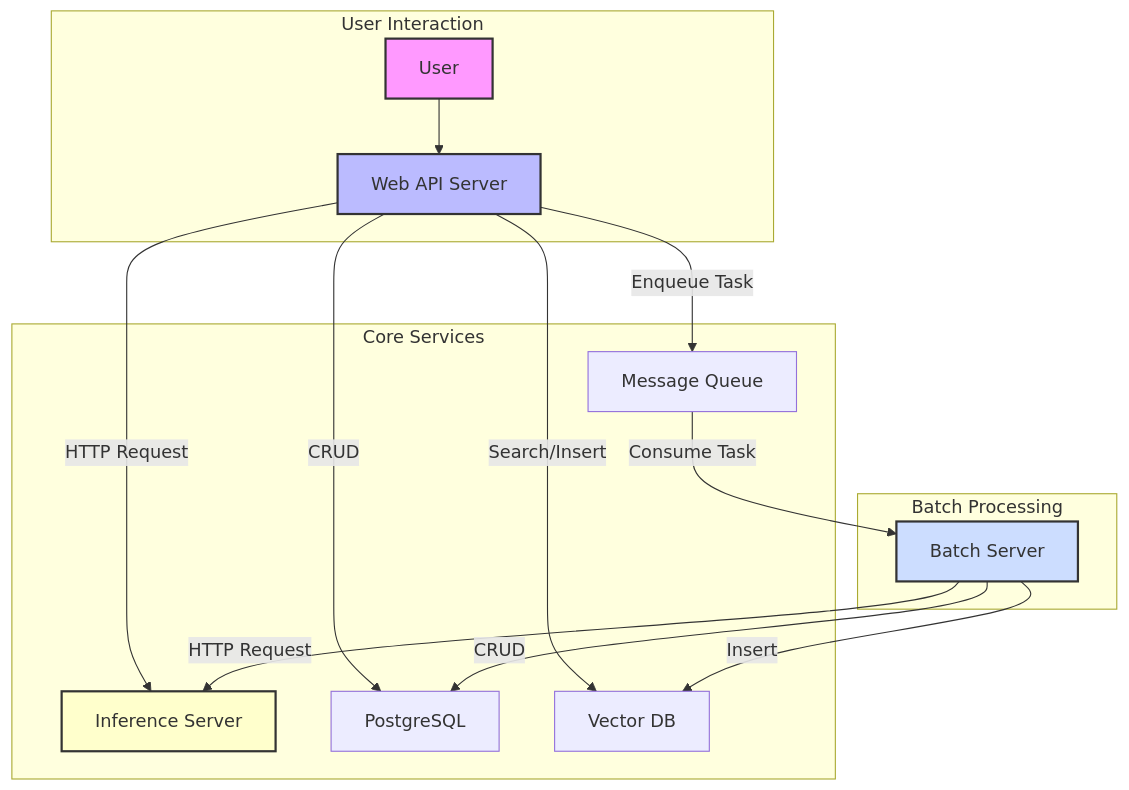
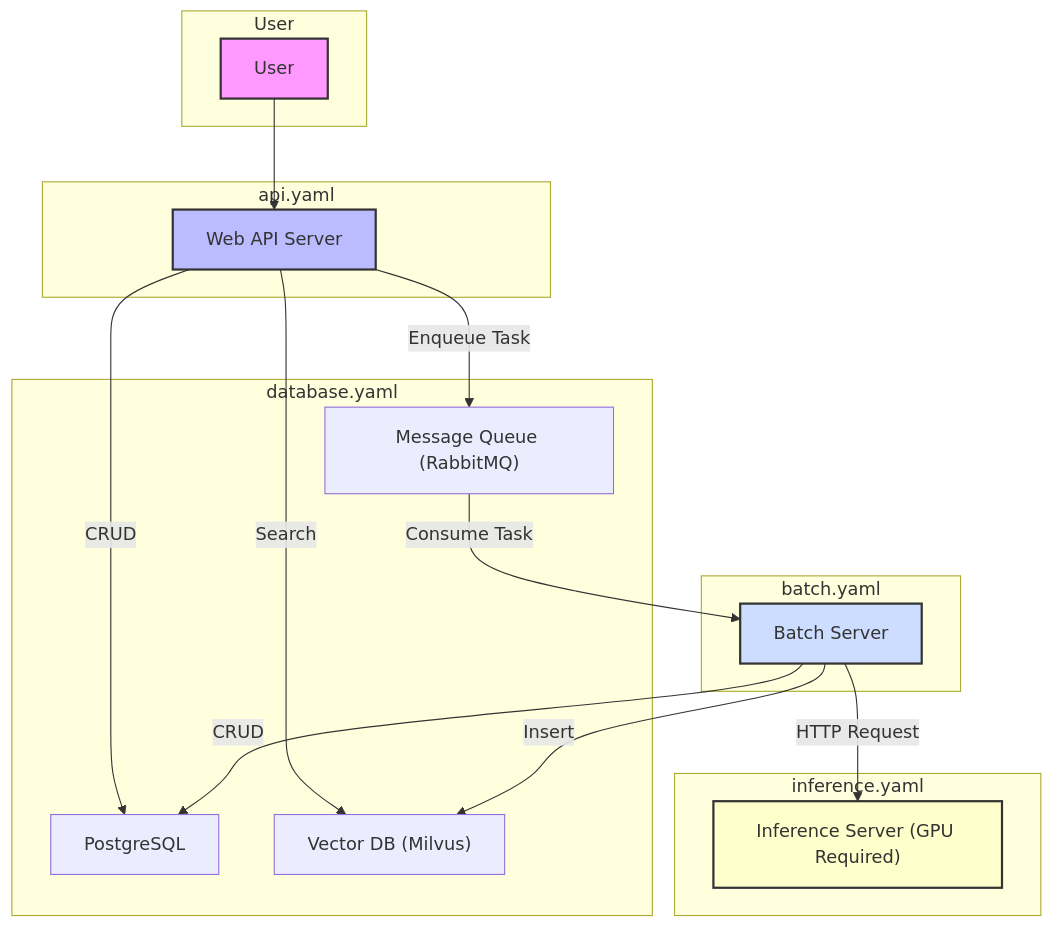
The diagram in README.md (prokosna/lainbow), drawn with Mermaid before and after one commit.

````diff
--- a/README.md
+++ b/README.md
@@ -19,25 +19,40 @@
 ```mermaid
 graph TD
-    subgraph User Interaction
-        User --> Web_API
+    subgraph User
+        U[User]
     end
 
-    subgraph Core Services
-        Web_API[Web API Server] -- HTTP Request --> Inference_Server[Inference Server]
-        Web_API -- Enqueue Task --> RabbitMQ[Message Queue]
-        Web_API -- CRUD --> PostgreSQL[PostgreSQL]
-        Web_API -- Search/Insert --> Milvus[Vector DB]
+    subgraph "api.yaml"
+        Web_API[Web API Server]
     end
 
-    subgraph Batch Processing
-        RabbitMQ -- Consume Task --> Batch_Server[Batch Server]
-        Batch_Server -- HTTP Request --> Inference_Server
-        Batch_Server -- CRUD --> PostgreSQL
-        Batch_Server -- Insert --> Milvus
+    subgraph "batch.yaml"
+        Batch_Server[Batch Server]
     end
 
-    style User fill:#f9f,stroke:#333,stroke-width:2px
+    subgraph "inference.yaml"
+        Inference_Server["Inference Server (GPU Required)"]
+    end
+
+    subgraph "database.yaml"
+        PostgreSQL[PostgreSQL]
+        Milvus["Vector DB (Milvus)"]
+        RabbitMQ["Message Queue (RabbitMQ)"]
+    end
+
+    %% Connections
+    U --> Web_API
+    Web_API -- Enqueue Task --> RabbitMQ
+    Web_API -- CRUD --> PostgreSQL
+    Web_API -- Search --> Milvus
+
+    RabbitMQ -- Consume Task --> Batch_Server
+    Batch_Server -- HTTP Request --> Inference_Server
+    Batch_Server -- CRUD --> PostgreSQL
+    Batch_Server -- Insert --> Milvus
+
+    style U fill:#f9f,stroke:#333,stroke-width:2px
     style Web_API fill:#bbf,stroke:#333,stroke-width:2px
     style Inference_Server fill:#ffc,stroke:#333,stroke-width:2px
     style Batch_Server fill:#cdf,stroke:#333,stroke-width:2px
 ```
````
